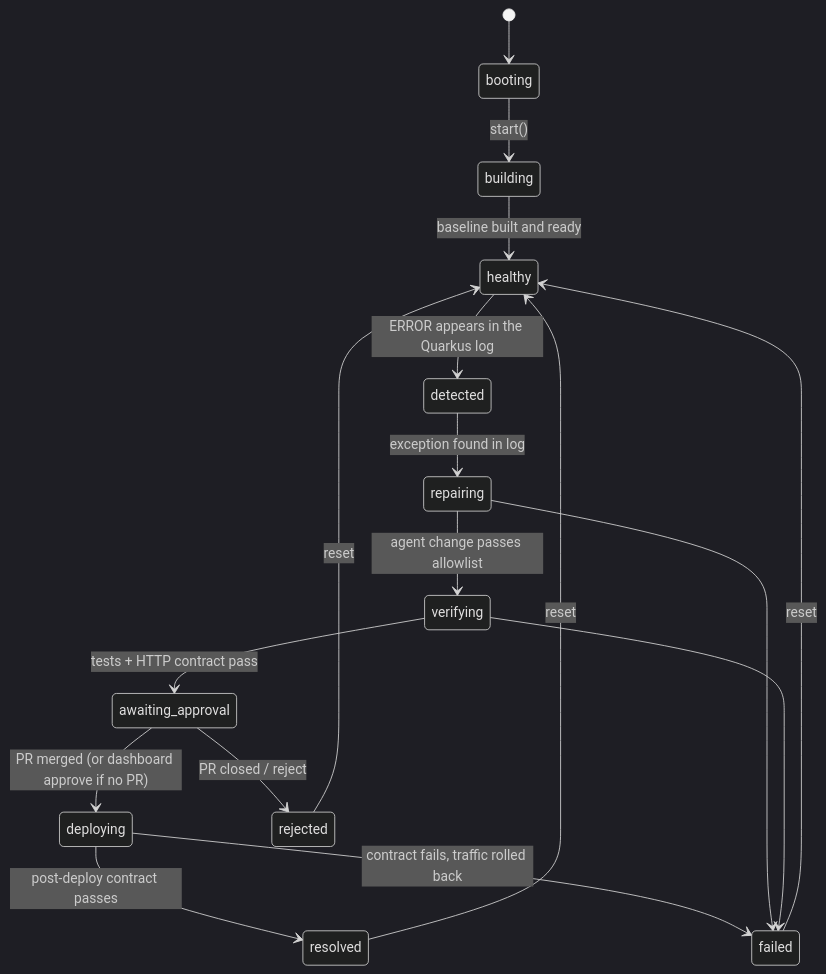
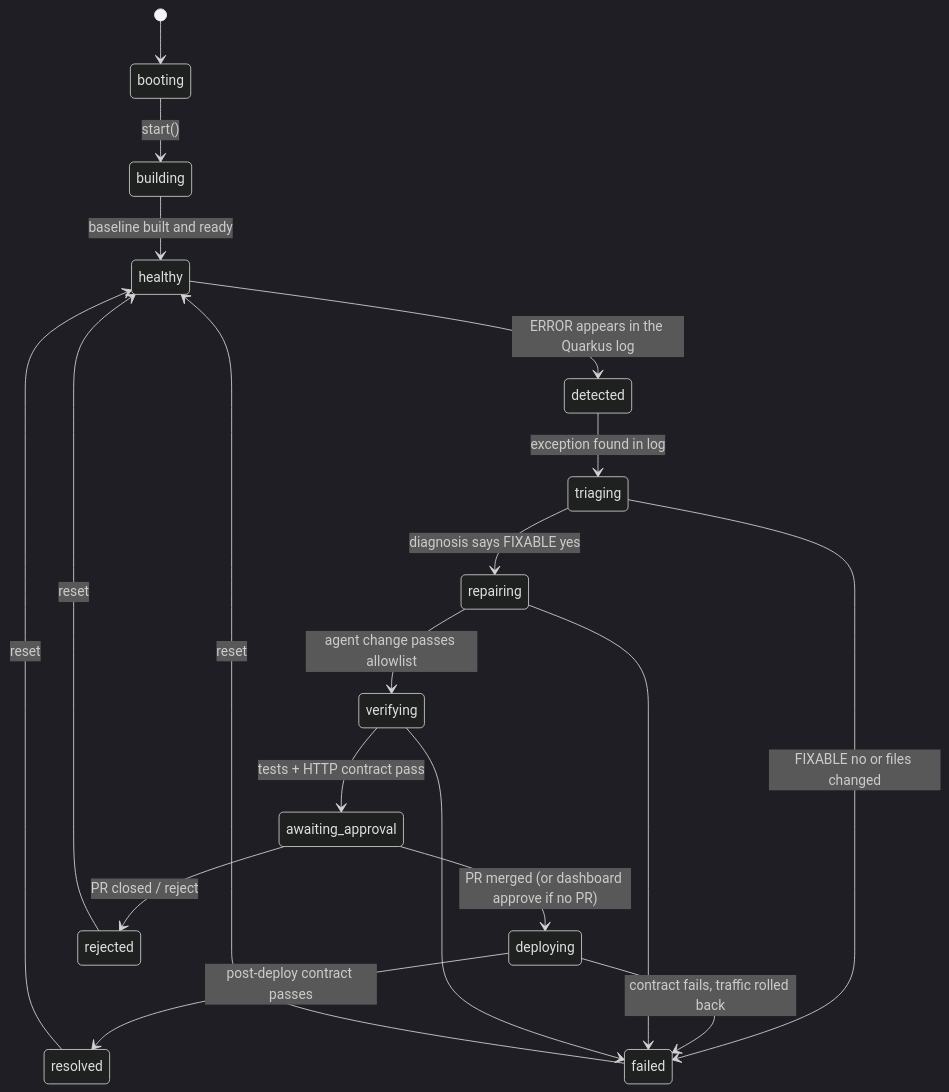
The first of 2 diagrams in docs/flow.md (JanReichhardt/self-healing-app), drawn with Mermaid (dark theme) before and after one commit. The commit also changed other lines of this file and 2 other files, not shown here.

````diff
--- a/docs/flow.md
+++ b/docs/flow.md
@@ -5,19 +5,21 @@
 ```mermaid
 stateDiagram-v2
   [*] --> booting
   booting --> building: start()
   building --> healthy: baseline built and ready
   healthy --> detected: ERROR appears in the Quarkus log
-  detected --> repairing: exception found in log
+  detected --> triaging: exception found in log
+  triaging --> repairing: diagnosis says FIXABLE yes
+  triaging --> failed: FIXABLE no or files changed
   repairing --> verifying: agent change passes allowlist
   verifying --> awaiting_approval: tests + HTTP contract pass
   awaiting_approval --> deploying: PR merged (or dashboard approve if no PR)
   awaiting_approval --> rejected: PR closed / reject
   deploying --> resolved: post-deploy contract passes
   deploying --> failed: contract fails, traffic rolled back
   repairing --> failed
   verifying --> failed
   resolved --> healthy: reset
   rejected --> healthy: reset
   failed --> healthy: reset
 ```
````
